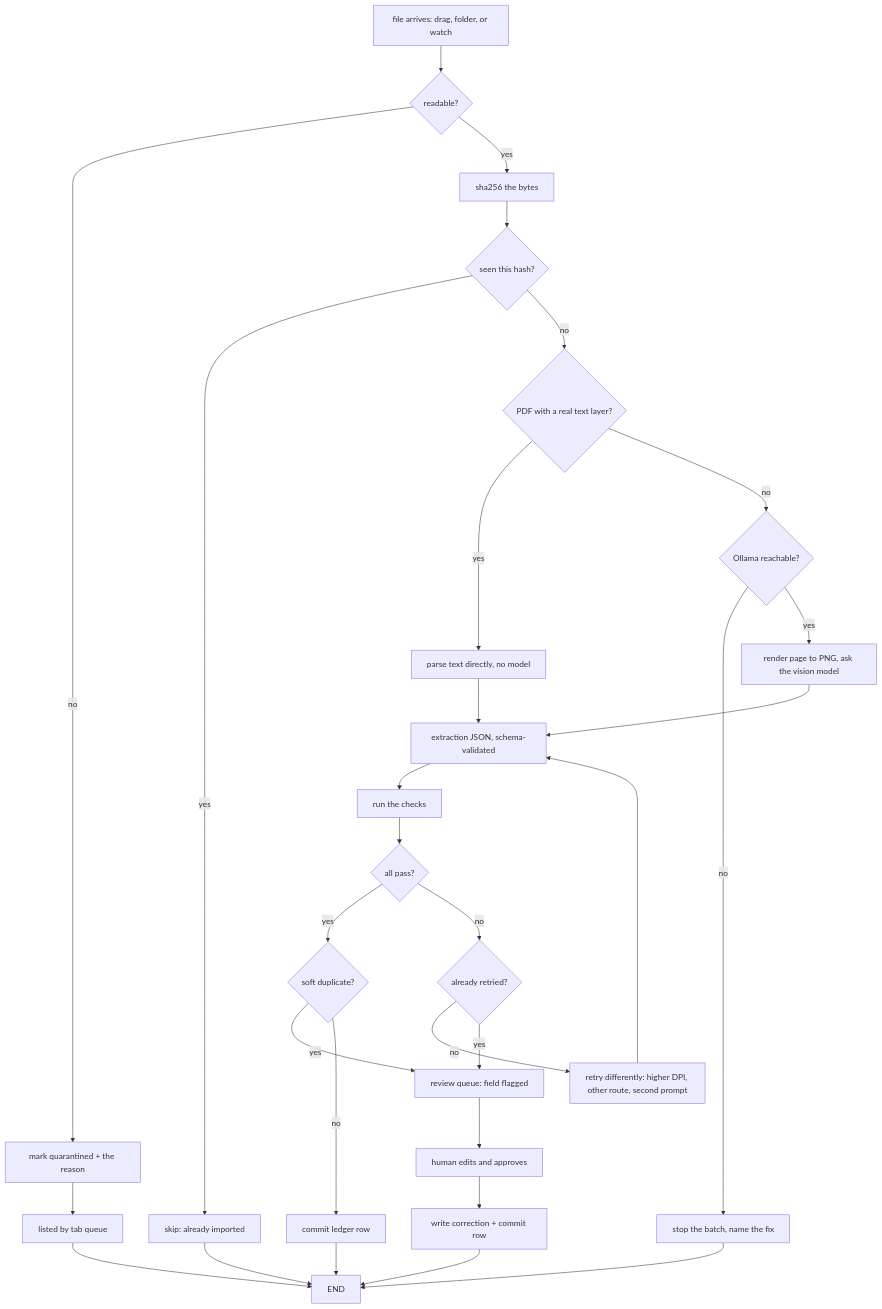
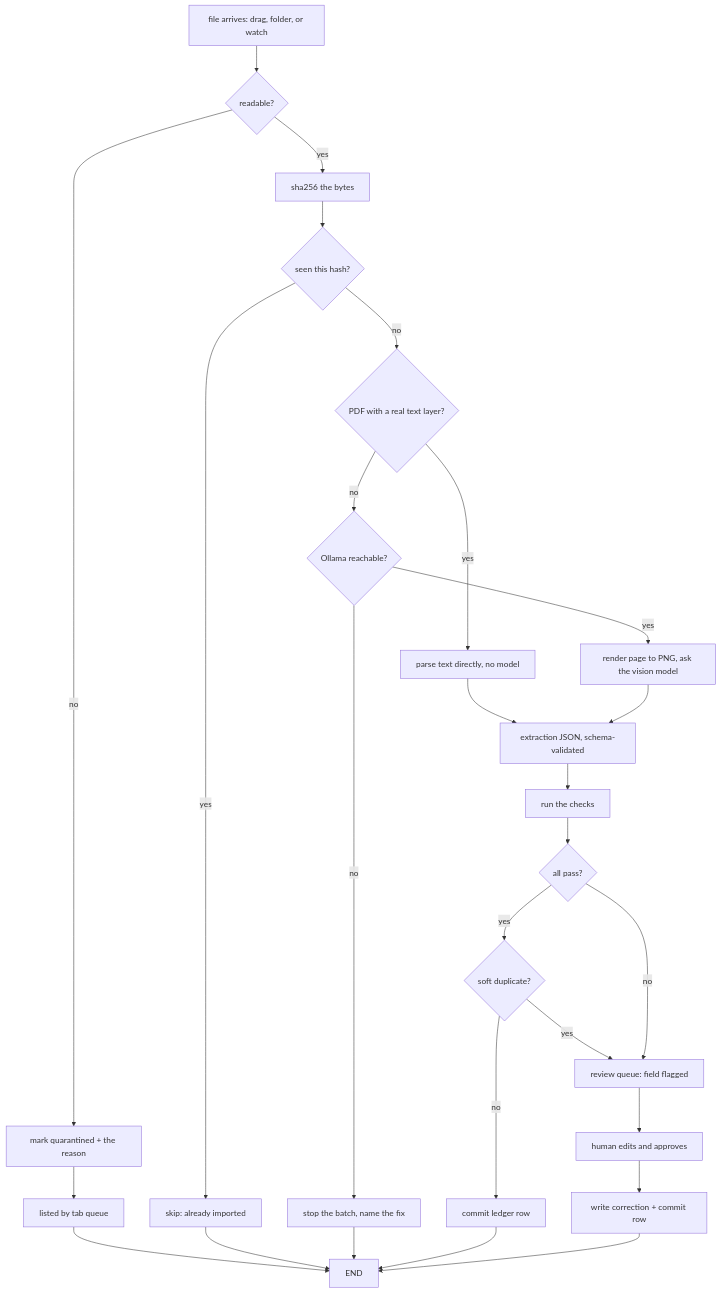
One commit to Zeref538/tab changed the diagram in docs/APP_FLOW.md. Above: the diagram before and after it, drawn with Mermaid. The commit also changed other lines of this file and 14 other files, not shown here.

````diff
--- a/docs/APP_FLOW.md
+++ b/docs/APP_FLOW.md
@@ -11,25 +11,23 @@
 ```mermaid
 flowchart TD
     A[file arrives: drag, folder, or watch] --> B{readable?}
     B -- no --> Q1[mark quarantined + the reason] --> LIST[listed by tab queue] --> END
     B -- yes --> C[sha256 the bytes]
     C --> D{seen this hash?}
     D -- yes --> SKIP[skip: already imported] --> END
     D -- no --> E{PDF with a real text layer?}
     E -- yes --> F[parse text directly, no model]
     E -- no --> G{Ollama reachable?}
     G -- no --> STOP[stop the batch, name the fix] --> END
     G -- yes --> H[render page to PNG, ask the vision model]
     F --> I[extraction JSON, schema-validated]
     H --> I
     I --> J[run the checks]
     J --> K{all pass?}
     K -- yes --> L{soft duplicate?}
     L -- yes --> REV
     L -- no --> M[commit ledger row] --> END
-    K -- no --> N{already retried?}
-    N -- no --> O[retry differently: higher DPI, other route, second prompt] --> I
-    N -- yes --> REV[review queue: field flagged]
+    K -- no --> REV[review queue: field flagged]
     REV --> P[human edits and approves]
     P --> R[write correction + commit row] --> END
 ```
````
